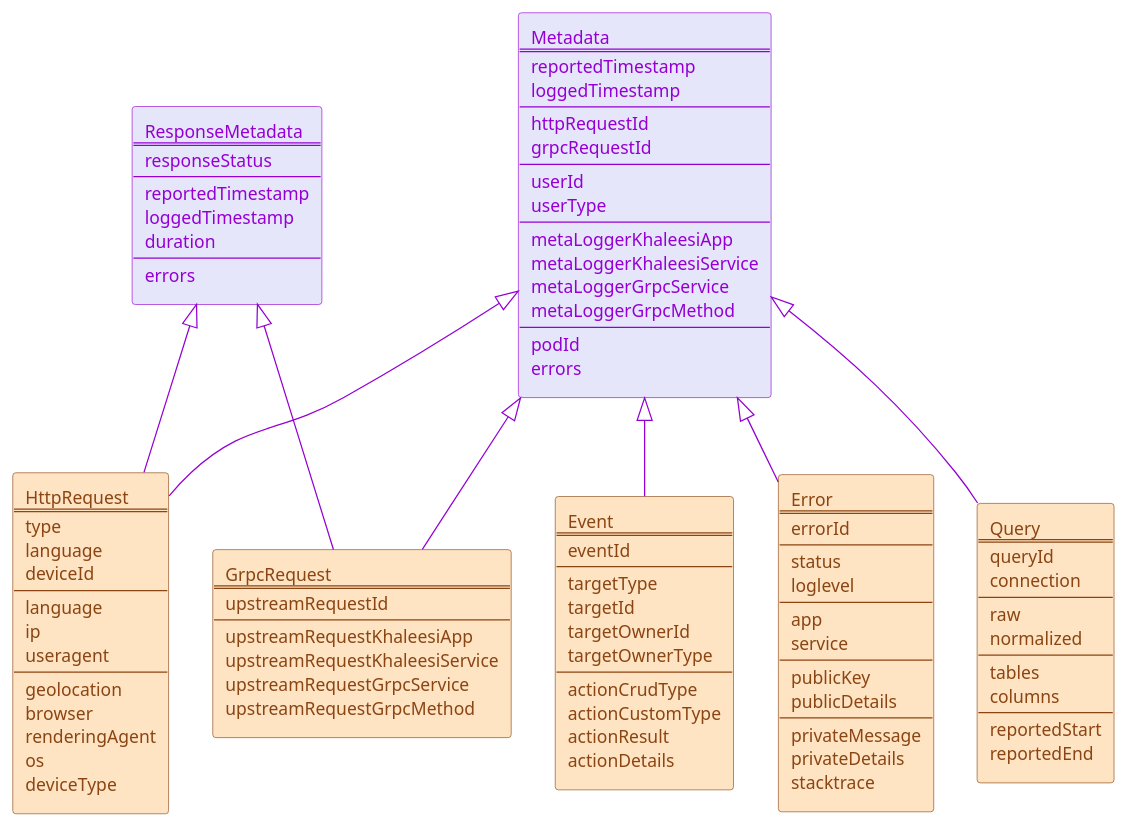
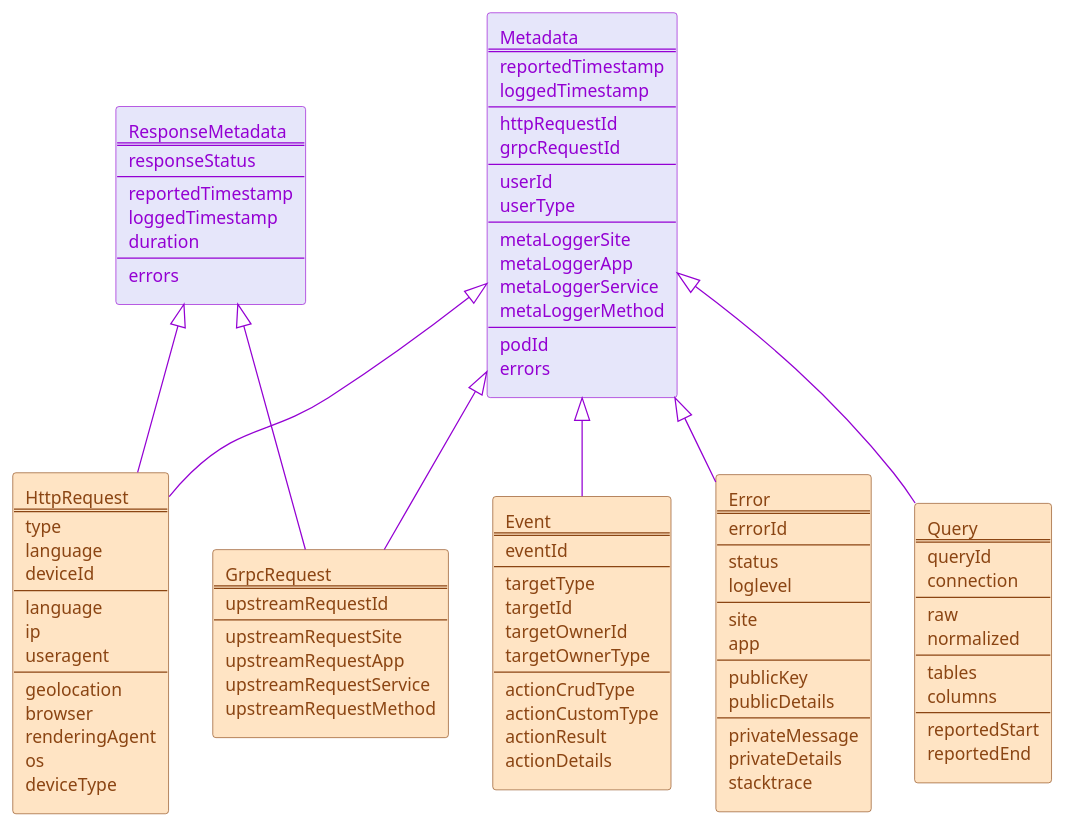
Before and after one commit to LanDinh/khaleesi-ninja: the diagram in documentation/images/logical-structure/core-sawmill.puml, drawn with PlantUML. The commit also changed 190 other files, not shown here.

Commit message:
Major refactoring: KhaleesiGate -> Site KhaleesiService -> App GrpcService -> Service GrpcMethod -> Method

```diff
--- a/documentation/images/logical-structure/core-sawmill.puml
+++ b/documentation/images/logical-structure/core-sawmill.puml
@@ -1,137 +1,137 @@
 @startuml
 ' ********************************************* STYLE **********************************************
 <style>
 agent {
   BackgroundColor lavender
   LineColor darkviolet
   FontColor darkviolet
 }
 rectangle {
   BackgroundColor bisque
   LineColor saddlebrown
   FontColor saddlebrown
 }
 </style>
 
 ' ******************************************** OBJECTS *********************************************
 agent metadata[
   Metadata
   ====
   reportedTimestamp
   loggedTimestamp
   ----
   httpRequestId
   grpcRequestId
   ----
   userId
   userType
   ----
-  metaLoggerKhaleesiApp
-  metaLoggerKhaleesiService
-  metaLoggerGrpcService
-  metaLoggerGrpcMethod
+  metaLoggerSite
+  metaLoggerApp
+  metaLoggerService
+  metaLoggerMethod
   ----
   podId
   errors
 ]
 
 agent response [
   ResponseMetadata
   ====
   responseStatus
   ----
   reportedTimestamp
   loggedTimestamp
   duration
   ----
   errors
 ]
 
 rectangle event [
   Event
   ====
   eventId
   ----
   targetType
   targetId
   targetOwnerId
   targetOwnerType
   ----
   actionCrudType
   actionCustomType
   actionResult
   actionDetails
 ]
 rectangle grpc_request [
   GrpcRequest
   ====
   upstreamRequestId
   ----
-  upstreamRequestKhaleesiApp
-  upstreamRequestKhaleesiService
-  upstreamRequestGrpcService
-  upstreamRequestGrpcMethod
+  upstreamRequestSite
+  upstreamRequestApp
+  upstreamRequestService
+  upstreamRequestMethod
 ]
 rectangle http_request [
   HttpRequest
   ====
   type
   language
   deviceId
   ----
   language
   ip
   useragent
   ----
   geolocation
   browser
   renderingAgent
   os
   deviceType
 ]
 
 rectangle error [
   Error
   ====
   errorId
   ----
   status
   loglevel
   ----
+  site
   app
-  service
   ----
   publicKey
   publicDetails
   ----
   privateMessage
   privateDetails
   stacktrace
 ]
 rectangle query [
   Query
   ====
   queryId
   connection
   ----
   raw
   normalized
   ----
   tables
   columns
   ----
   reportedStart
   reportedEnd
 ]
 
 ' ******************************************* RELATIONS ********************************************
 metadata ^-- event        #darkviolet;text:darkviolet
 metadata ^-- grpc_request #darkviolet;text:darkviolet
 metadata ^-- http_request #darkviolet;text:darkviolet
 metadata ^-- query        #darkviolet;text:darkviolet
 metadata ^-- error        #darkviolet;text:darkviolet
 
 response ^-- grpc_request #darkviolet;text:darkviolet
 response ^-- http_request #darkviolet;text:darkviolet
 
 @enduml
```
